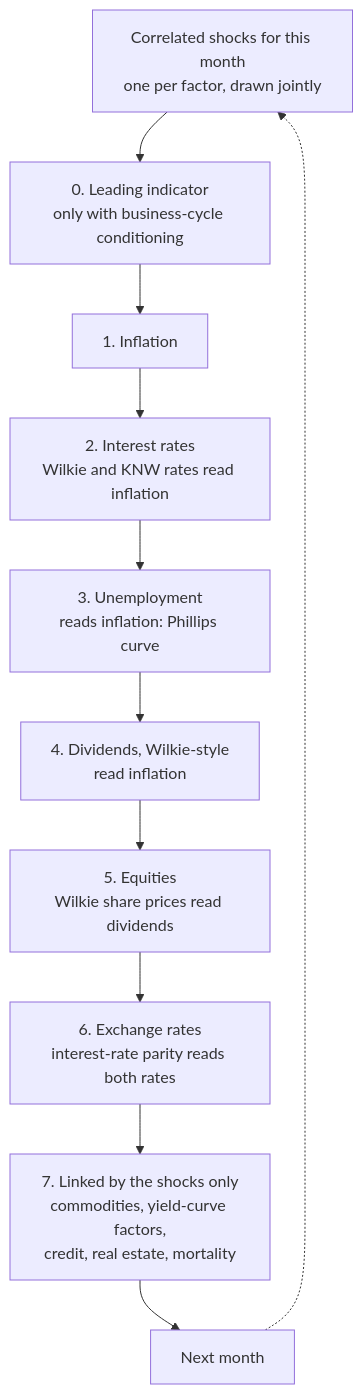
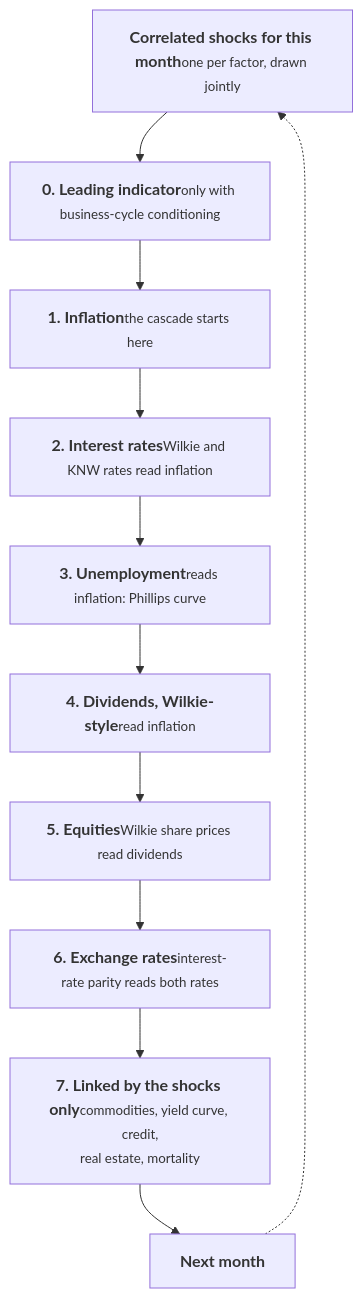
The second of 2 diagrams in _pages/financescenarios/documentation/architecture.md (JerBouma/jerbouma.github.io), drawn with Mermaid before and after one commit. The commit also changed other lines of this file and 6 other files, not shown here.

First line of the commit message:
Diagrams that match the site: card-style nodes, sequence diagrams for step flows (#145)

```diff
--- a/_pages/financescenarios/documentation/architecture.md
+++ b/_pages/financescenarios/documentation/architecture.md
@@ -71,13 +72,14 @@
 <div class="mermaid">
 flowchart TD
-    shocks["Correlated shocks for this month<br/>one per factor, drawn jointly"] --> indicator
-    indicator["0. Leading indicator<br/>only with business-cycle conditioning"] --> inflation
-    inflation["1. Inflation"] --> rates
-    rates["2. Interest rates<br/>Wilkie and KNW rates read inflation"] --> unemployment
-    unemployment["3. Unemployment<br/>reads inflation: Phillips curve"] --> dividends
-    dividends["4. Dividends, Wilkie-style<br/>read inflation"] --> equities
-    equities["5. Equities<br/>Wilkie share prices read dividends"] --> fx
-    fx["6. Exchange rates<br/>interest-rate parity reads both rates"] --> rest
-    rest["7. Linked by the shocks only<br/>commodities, yield-curve factors,<br/>credit, real estate, mortality"] --> next
-    next["Next month"] -.-> shocks
+    shocks["<b>Correlated shocks for this month</b><small>one per factor, drawn jointly</small>"] --> indicator
+    indicator["<b>0. Leading indicator</b><small>only with business-cycle conditioning</small>"] --> inflation
+    inflation["<b>1. Inflation</b><small>the cascade starts here</small>"] --> rates
+    rates["<b>2. Interest rates</b><small>Wilkie and KNW rates read inflation</small>"] --> unemployment
+    unemployment["<b>3. Unemployment</b><small>reads inflation: Phillips curve</small>"] --> dividends
+    dividends["<b>4. Dividends, Wilkie-style</b><small>read inflation</small>"] --> equities
+    equities["<b>5. Equities</b><small>Wilkie share prices read dividends</small>"] --> fx
+    fx["<b>6. Exchange rates</b><small>interest-rate parity reads both rates</small>"] --> rest
+    rest["<b>7. Linked by the shocks only</b><small>commodities, yield curve, credit,<br/>real estate, mortality</small>"] --> next
+    next["<b>Next month</b>"] -.-> shocks
+    class inflation accent
 </div>
```
